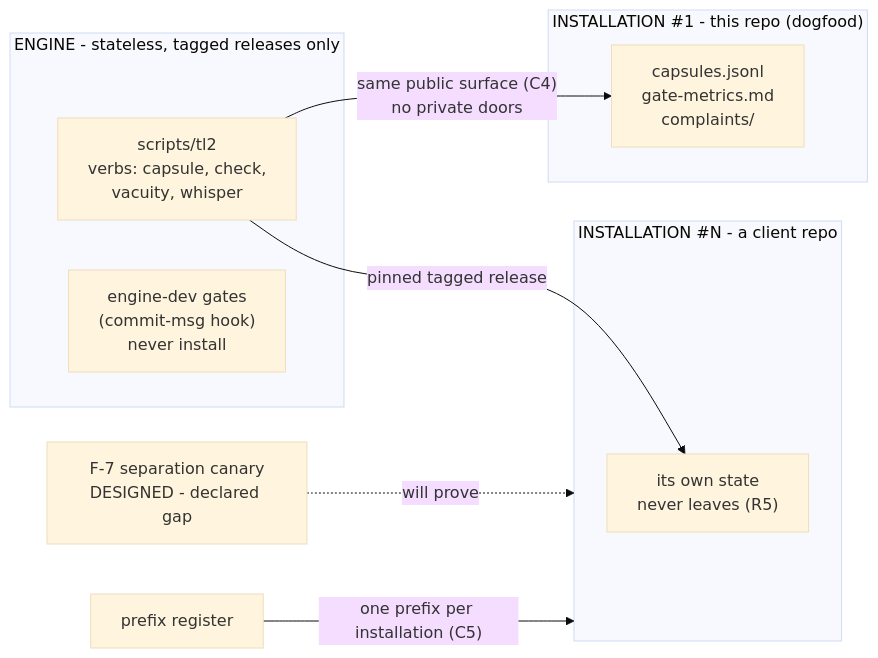
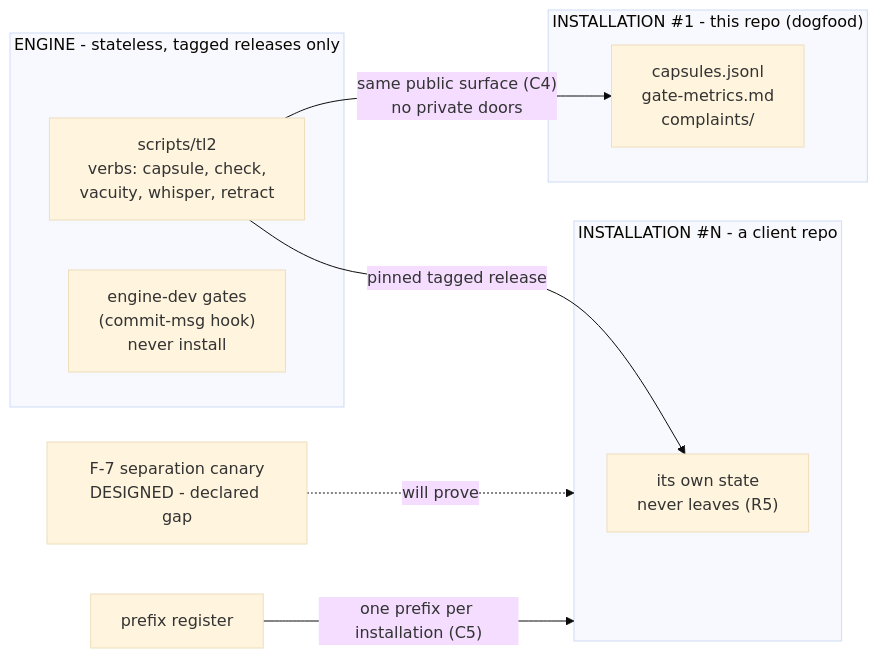
Before and after one commit to m1981/truth-ledger2: the third of 5 diagrams in docs/diagrams.md, drawn with Mermaid (base theme). The commit also changed other lines of this file and 5 other files, not shown here.

````diff
--- a/docs/diagrams.md
+++ b/docs/diagrams.md
@@ -64,17 +64,17 @@
 ```mermaid
 flowchart LR
     subgraph ENGINE["ENGINE - stateless, tagged releases only"]
-        TL2["scripts/tl2<br/>verbs: capsule, check,<br/>vacuity, whisper"]
+        TL2["scripts/tl2<br/>verbs: capsule, check,<br/>vacuity, whisper, retract"]
         DEVGATES["engine-dev gates<br/>(commit-msg hook)<br/>never install"]
     end
     subgraph INST1["INSTALLATION #1 - this repo (dogfood)"]
         S1["capsules.jsonl<br/>gate-metrics.md<br/>complaints/"]
     end
     subgraph INSTN["INSTALLATION #N - a client repo"]
         SN["its own state<br/>never leaves (R5)"]
     end
     TL2 -- "same public surface (C4)<br/>no private doors" --> S1
     TL2 -- "pinned tagged release" --> SN
     SEP["F-7 separation canary<br/>DESIGNED - declared gap"] -.->|"will prove"| INSTN
     PREFIX["prefix register"] -- "one prefix per installation (C5)" --> INSTN
 ```
````
